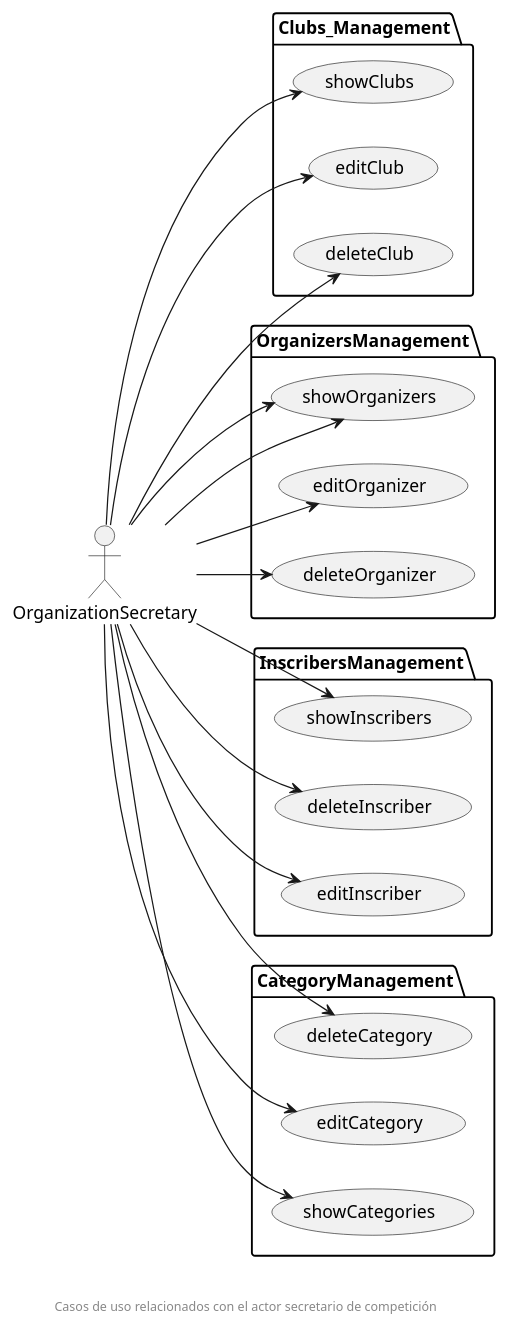
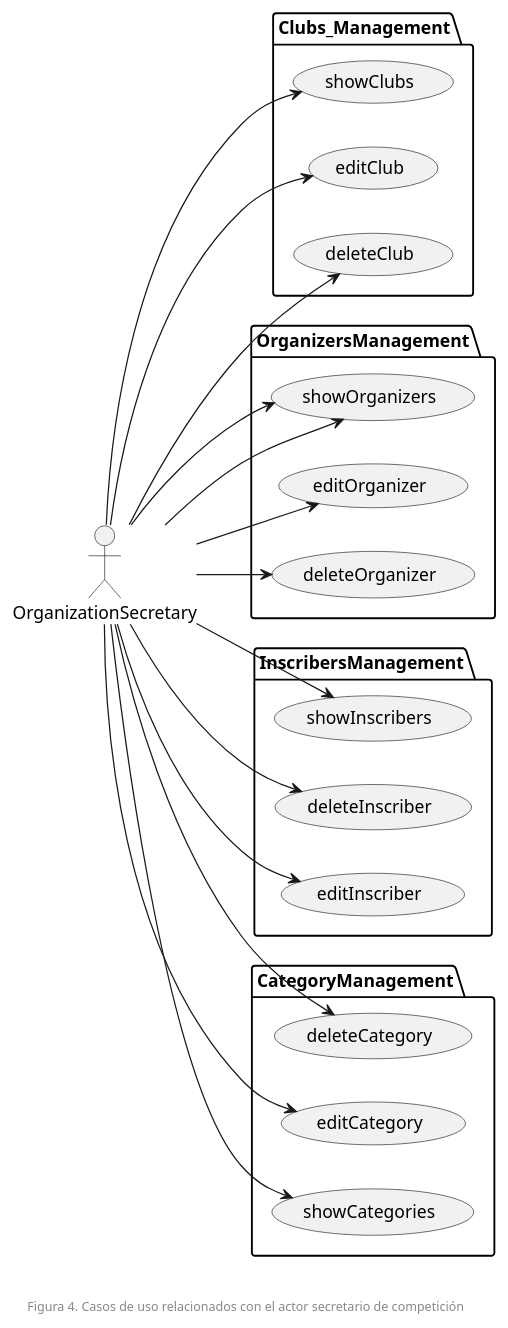
The diagram in diagrams/usecases/organizationSecretary.puml (zuldare/mastercloud_pfm_halterocms), drawn with PlantUML before and after one commit. The commit also changed 12 other files, not shown here.

```diff
--- a/diagrams/usecases/organizationSecretary.puml
+++ b/diagrams/usecases/organizationSecretary.puml
@@ -1,47 +1,47 @@
 @startuml
 
 left to right direction
 
 package Clubs_Management {
     usecase showClubs
     usecase editClub
     usecase deleteClub
 }
 
 package OrganizersManagement {
   usecase showOrganizers
   usecase editOrganizer
   usecase deleteOrganizer
 }
 
 package InscribersManagement {
   usecase showInscribers
   usecase deleteInscriber
   usecase editInscriber
 }
 
 package CategoryManagement {
   usecase deleteCategory
   usecase editCategory
   usecase showCategories
 }
 
 OrganizationSecretary --> showClubs
 OrganizationSecretary --> editClub
 OrganizationSecretary --> deleteClub
 
 OrganizationSecretary --> showOrganizers
 OrganizationSecretary --> editOrganizer
 OrganizationSecretary --> deleteOrganizer
 OrganizationSecretary --> showOrganizers
 
 OrganizationSecretary --> deleteInscriber
 OrganizationSecretary --> editInscriber
 OrganizationSecretary --> showInscribers
 
 OrganizationSecretary --> deleteCategory
 OrganizationSecretary --> editCategory
 OrganizationSecretary --> showCategories
 
-footer \n\nCasos de uso relacionados con el actor secretario de competición
+footer \n\nFigura 4. Casos de uso relacionados con el actor secretario de competición
 @enduml
```
